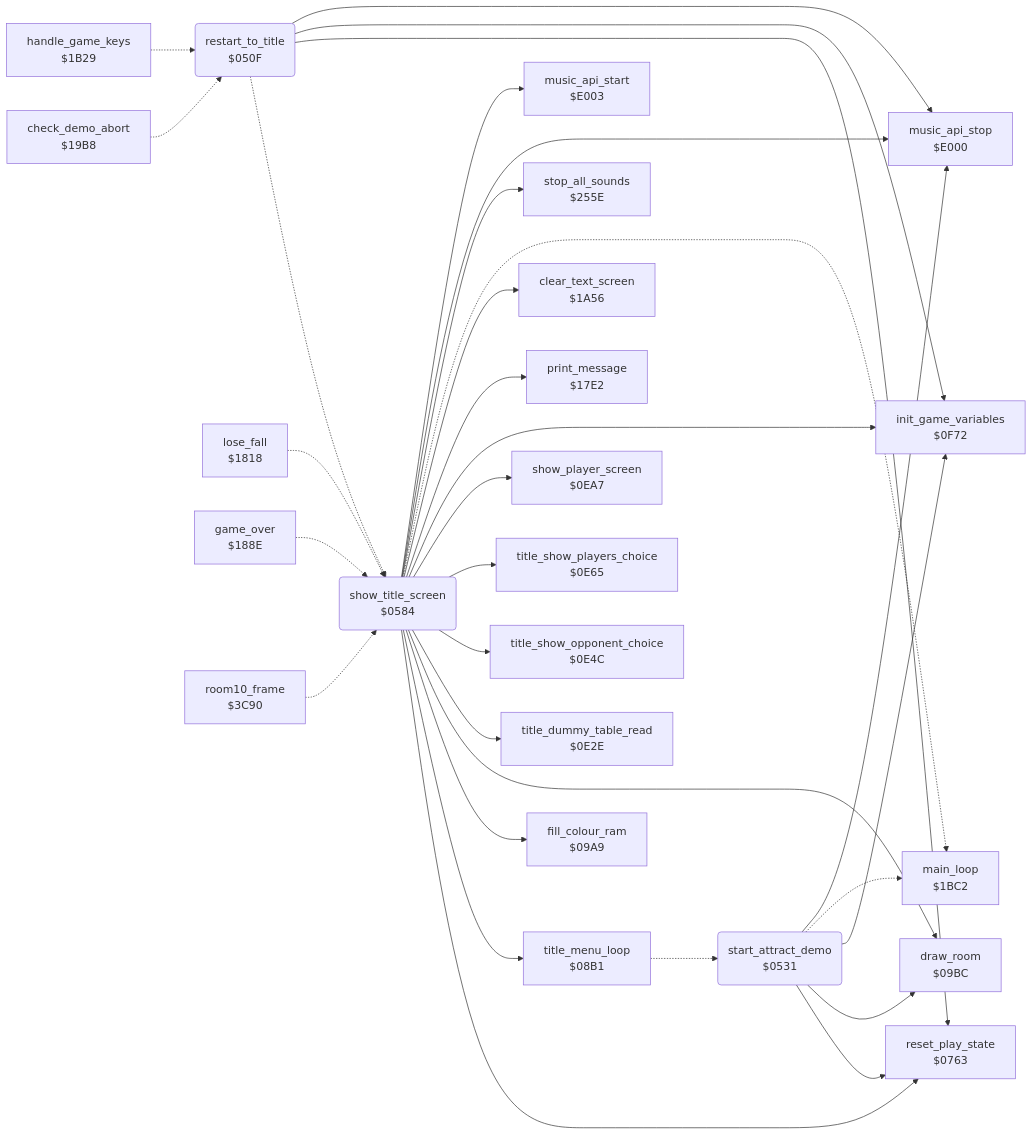
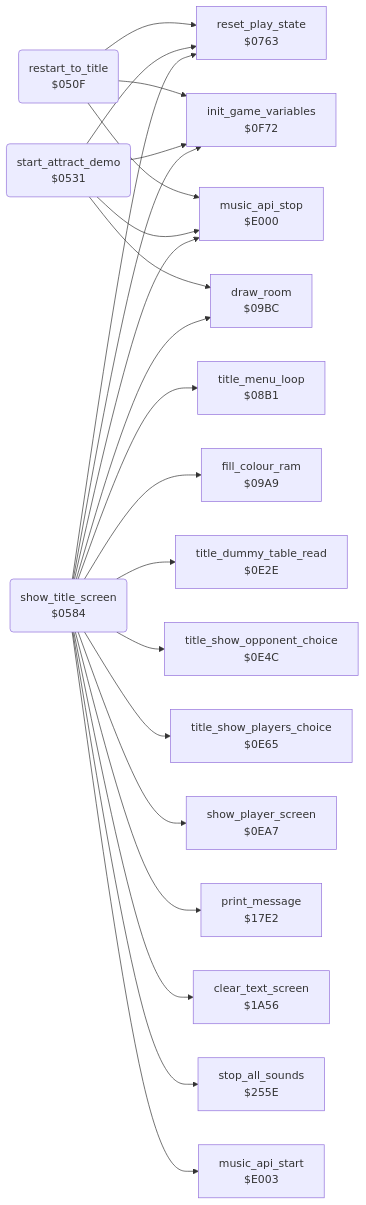
The diagram in bruce_lee/docs/reference/modules/game/title_demo_start.md (henols/c64_games), drawn with Mermaid before and after one commit. The commit also changed other lines of this file and 236 other files, not shown here.

````diff
--- a/bruce_lee/docs/reference/modules/game/title_demo_start.md
+++ b/bruce_lee/docs/reference/modules/game/title_demo_start.md
@@ -10,56 +18,41 @@
 ```mermaid
 flowchart LR
   n050f("restart_to_title<br/>$050F")
   n0531("start_attract_demo<br/>$0531")
   n0584("show_title_screen<br/>$0584")
   n0763["reset_play_state<br/>$0763"]
   n08b1["title_menu_loop<br/>$08B1"]
   n09a9["fill_colour_ram<br/>$09A9"]
   n09bc["draw_room<br/>$09BC"]
   n0e2e["title_dummy_table_read<br/>$0E2E"]
   n0e4c["title_show_opponent_choice<br/>$0E4C"]
   n0e65["title_show_players_choice<br/>$0E65"]
   n0ea7["show_player_screen<br/>$0EA7"]
   n0f72["init_game_variables<br/>$0F72"]
   n17e2["print_message<br/>$17E2"]
-  n1818["lose_fall<br/>$1818"]
-  n188e["game_over<br/>$188E"]
-  n19b8["check_demo_abort<br/>$19B8"]
   n1a56["clear_text_screen<br/>$1A56"]
-  n1b29["handle_game_keys<br/>$1B29"]
-  n1bc2["main_loop<br/>$1BC2"]
   n255e["stop_all_sounds<br/>$255E"]
-  n3c90["room10_frame<br/>$3C90"]
   ne000["music_api_stop<br/>$E000"]
   ne003["music_api_start<br/>$E003"]
-  n050f -.-> n0584
   n050f --> n0763
   n050f --> n0f72
   n050f --> ne000
   n0531 --> n0763
   n0531 --> n09bc
   n0531 --> n0f72
-  n0531 -.-> n1bc2
   n0531 --> ne000
   n0584 --> n0763
   n0584 --> n08b1
   n0584 --> n09a9
   n0584 --> n09bc
   n0584 --> n0e2e
   n0584 --> n0e4c
   n0584 --> n0e65
   n0584 --> n0ea7
   n0584 --> n0f72
   n0584 --> n17e2
   n0584 --> n1a56
-  n0584 -.-> n1bc2
   n0584 --> n255e
   n0584 --> ne000
   n0584 --> ne003
-  n08b1 -.-> n0531
-  n1818 -.-> n0584
-  n188e -.-> n0584
-  n19b8 -.-> n050f
-  n1b29 -.-> n050f
-  n3c90 -.-> n0584
 ```
````
